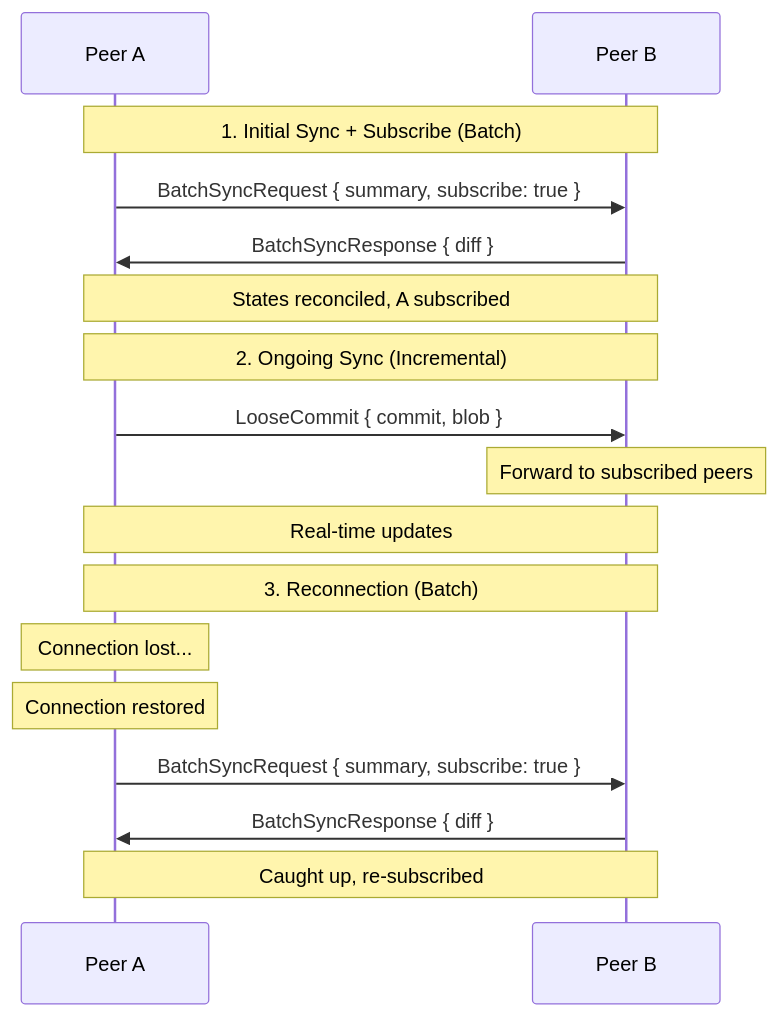
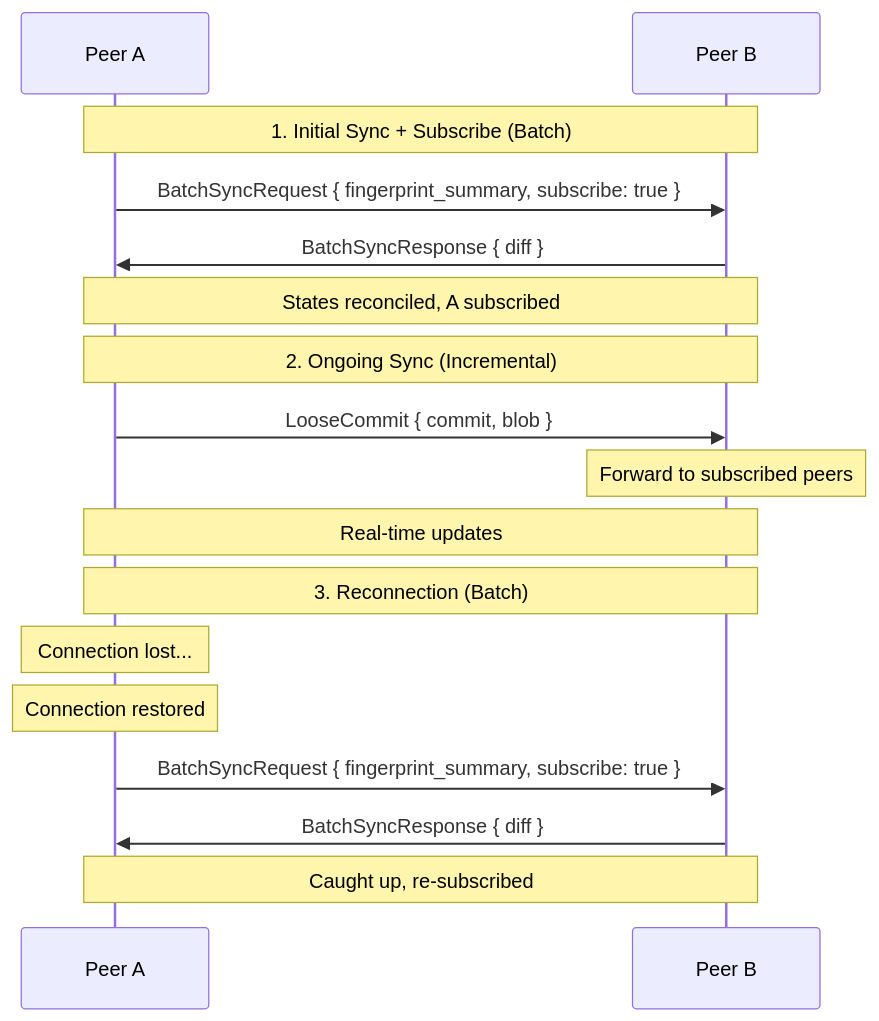
Before and after one commit to inkandswitch/subduction: the diagram in design/sync/README.md, drawn with Mermaid. The commit also changed other lines of this file and 56 other files, not shown here.

Commit message:
Fingerprint-based Sync (#35)

````diff
--- a/design/sync/README.md
+++ b/design/sync/README.md
@@ -16,22 +18,22 @@
 ```mermaid
 sequenceDiagram
     participant A as Peer A
     participant B as Peer B
 
     Note over A,B: 1. Initial Sync + Subscribe (Batch)
-    A->>B: BatchSyncRequest { summary, subscribe: true }
+    A->>B: BatchSyncRequest { fingerprint_summary, subscribe: true }
     B->>A: BatchSyncResponse { diff }
     Note over A,B: States reconciled, A subscribed
 
     Note over A,B: 2. Ongoing Sync (Incremental)
     A->>B: LooseCommit { commit, blob }
     Note over B: Forward to subscribed peers
     Note over A,B: Real-time updates
 
     Note over A,B: 3. Reconnection (Batch)
     Note over A: Connection lost...
     Note over A: Connection restored
-    A->>B: BatchSyncRequest { summary, subscribe: true }
+    A->>B: BatchSyncRequest { fingerprint_summary, subscribe: true }
     B->>A: BatchSyncResponse { diff }
     Note over A,B: Caught up, re-subscribed
 ```
````
